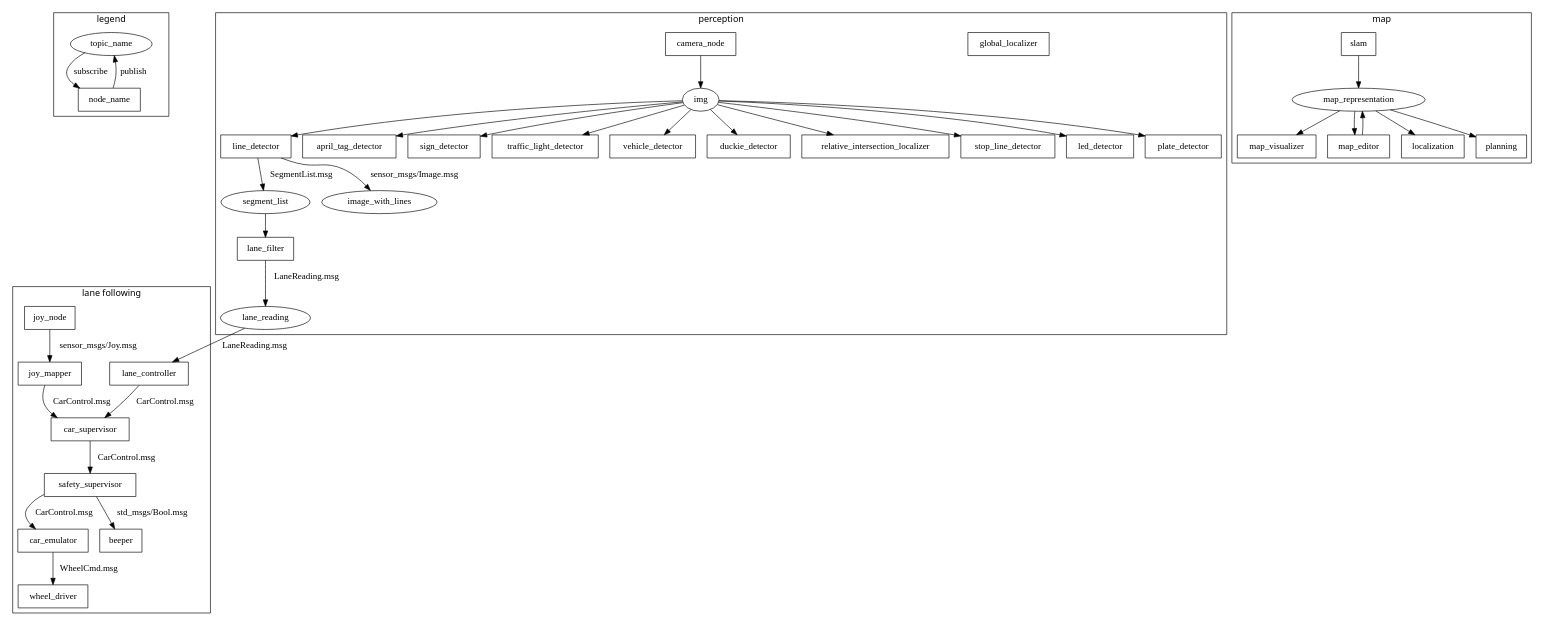
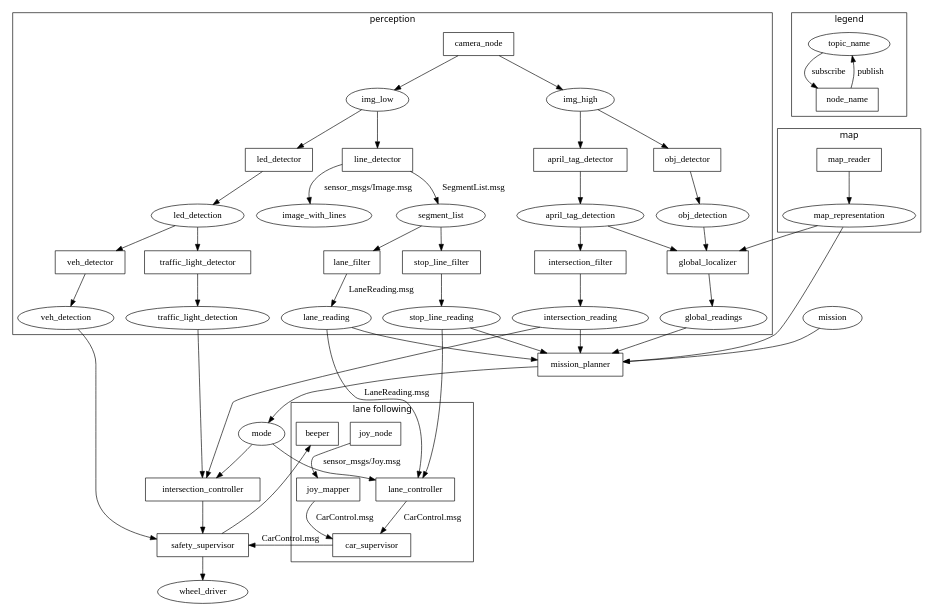
Before and after one commit to kungfrank/Knight_car: the diagram in ros_diagram/duckietown.dot, drawn with Graphviz.

Commit message:
Refactoring ros diagram.

```diff
--- a/ros_diagram/duckietown.dot
+++ b/ros_diagram/duckietown.dot
@@ -1,105 +1,180 @@
 digraph D {
 	fontname="sans";
+
+	wheel_driver;
+
 	subgraph cluster_legend{
 		label="legend"
 		// ROS Topics
 		topic_name;
 		// ROS Nodes
 		node [shape=box]
 		node_name;
 
 		// Connection
 		node_name -> topic_name [label="publish"];
 		topic_name -> node_name [label="subscribe"];
 	}
 
 	subgraph cluster_perception{
 		label="perception"
 		// TOPIC
-		img;
+		img_low;
+		img_high;
 		segment_list;
 		image_with_lines;
 		lane_reading; //LaneReading: y, phi, sigma_y, sigma_phi, status
+		april_tag_detection;
+		led_detection;
+		veh_detection;
+		traffic_light_detection;
+		intersection_reading;
+		obj_detection;
+		global_readings;
+		stop_line_reading;
+
 		// ROS Nodes
 		node [shape=box];
 		lane_filter; //tells you y and phi
 		line_detector;
 		april_tag_detector;
-		sign_detector;
-		traffic_light_detector;
-		vehicle_detector;
-		duckie_detector;
-		relative_intersection_localizer;
+		//relative_intersection_localizer;
+		intersection_filter;
 		global_localizer;
-		stop_line_detector;
+		stop_line_filter;
+		//sign_detector;
+		//traffic_light_detector;
+		//vehicle_detector;
+		//duckie_detector;
+		//relative_intersection_localizer;
+		//global_localizer;
+		//stop_line_detector;
 		camera_node;
 		led_detector;
-		plate_detector;
+		//plate_detector;
+		obj_detector;
+
+		obj_detector->obj_detection;
 
 		// Connections
-		camera_node->img;
+		camera_node->img_high;
+		camera_node->img_low;
 		
-		img->line_detector;
-		img->april_tag_detector;
-		img->led_detector;
-		img->stop_line_detector;
-		img->relative_intersection_localizer;
-		img->duckie_detector;
-		img->vehicle_detector;
-		img->traffic_light_detector;
-		img->sign_detector;
-		img->plate_detector;
+		img_low->line_detector;
+		img_high->april_tag_detector;
+		img_low->led_detector;
+		//img->stop_line_detector;
+		//img->relative_intersection_localizer;
+		//img->duckie_detector;
+		//img->vehicle_detector;
+		//img->traffic_light_detector;
+		//img->sign_detector;
+		//img->plate_detector;
+		img_high->obj_detector;
+		led_detector->led_detection;
+		led_detection->veh_detector;
+		veh_detector->veh_detection;
+		led_detection->traffic_light_detector;
+		traffic_light_detector->traffic_light_detection;
+		intersection_filter->intersection_reading;
+		segment_list->stop_line_filter;
+		stop_line_filter->stop_line_reading;
+
+
+		april_tag_detector->april_tag_detection;
+		april_tag_detection->intersection_filter;
 
 		line_detector->segment_list [label="SegmentList.msg"];
 		line_detector->image_with_lines [label="sensor_msgs/Image.msg"]
 		segment_list->lane_filter;
 		lane_filter->lane_reading [label="LaneReading.msg"];
+
+
+		obj_detection->global_localizer;
+		april_tag_detection->global_localizer;
+
 	}
 
 	subgraph cluster_map{
 		label="map";
 		// TOPICS
 		map_representation;
 		// ROS Nodes
 		node [shape=box];
-		map_visualizer;
-		map_editor;
-		localization;
-		planning;
-		slam;
+		//map_visualizer;
+		//map_editor;
+		//localization;
+		//planning;
+		map_reader;
 
-		slam -> map_representation;
-		map_representation -> map_visualizer;
-		map_editor -> map_representation;
-		map_representation -> map_editor;
-		map_representation -> planning;
-		map_representation -> localization;
+		map_reader -> map_representation;
+		//map_representation -> map_visualizer;
+		//map_editor -> map_representation;
+		//map_representation -> map_editor;
+		//map_representation -> planning;
+		//map_representation -> localization;
 	}
 
 	subgraph cluster_lane_following{
 		label="lane following";
 		// TOPICS
 
 		// ROS Nodes
 		node [shape=box];
 		lane_controller;
-		car_emulator;
+		//car_emulator;
 		car_supervisor;
 		joy_node;
 		joy_mapper;
-		wheel_driver;
 		beeper;
-		safety_supervisor;
+		//safety_supervisor;
 		// CONNECTIONS
 		joy_node->joy_mapper [label="sensor_msgs/Joy.msg"];
 		joy_mapper-> car_supervisor [label="CarControl.msg"];
 		lane_reading->lane_controller [label="LaneReading.msg"];
 		lane_controller-> car_supervisor [label="CarControl.msg"];
 		//car_supervisor -> beeper [label="std_msgs/Bool.msg"];
 		//car_supervisor->car_emulator [label="CarControl.msg"];
-		car_supervisor->safety_supervisor [label="CarControl.msg"];
-		safety_supervisor->car_emulator [label="CarControl.msg"];
-		safety_supervisor->beeper [label="std_msgs/Bool.msg"];
-		car_emulator->wheel_driver [label="WheelCmd.msg"];
+		//safety_supervisor->car_emulator [label="CarControl.msg"];
+		//safety_supervisor->beeper [label="std_msgs/Bool.msg"];
+		//car_emulator->wheel_driver [label="WheelCmd.msg"];
+		//safety_supervisor->wheel_driver;
 	}
+
+	mode;
+	mission;
+
+	node [shape=box];
+	intersection_controller;
+	safety_supervisor;
+	wheel_driver;
+	mission_planner;
+
+	global_localizer->global_readings;
+
+	safety_supervisor->wheel_driver;
+	intersection_reading->intersection_controller;
+	traffic_light_detection->intersection_controller;
+	veh_detection->safety_supervisor;
+	car_supervisor->safety_supervisor [label="CarControl.msg"];
+	intersection_controller->safety_supervisor;
+	stop_line_reading->lane_controller;
+
+
+	map_representation->global_localizer;
+	global_readings->mission_planner;
+	mission_planner->mode;
+	mode->intersection_controller;
+	mode->lane_controller;
+	map_representation->mission_planner;
+	mission->mission_planner;
+	stop_line_reading->mission_planner;
+	lane_reading->mission_planner;
+	intersection_reading->mission_planner;
+	safety_supervisor->beeper;
+
+
+	//Remove the clusters
+	//mission, joy, map are the inputs
+	//outputs are the wheel_driver and the beeper
 }
```
